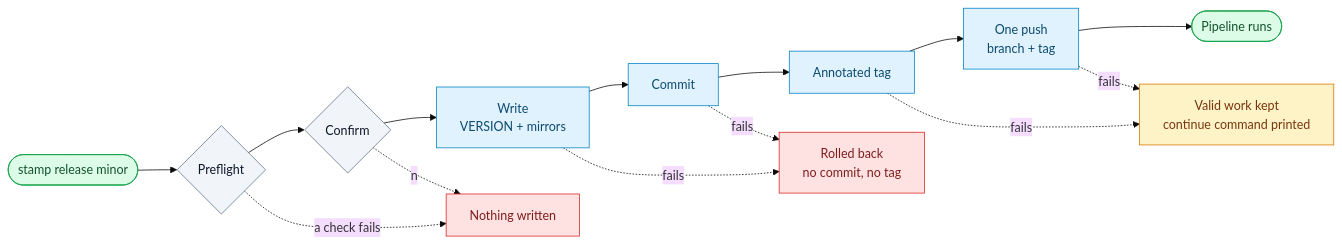
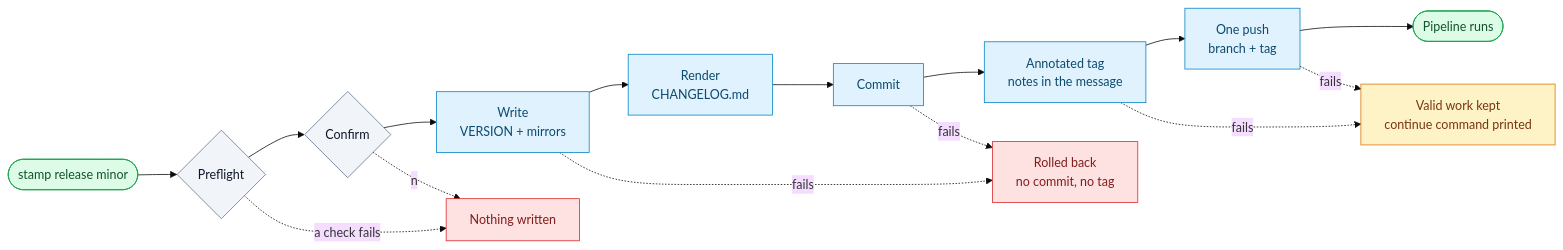
The first of 2 diagrams in README.md (p-arndt/stamp), drawn with Mermaid (base theme) before and after one commit. The commit also changed other lines of this file and 13 other files, not shown here.

````diff
--- a/README.md
+++ b/README.md
@@ -176,22 +205,22 @@
 ```mermaid
 flowchart LR
-    START(["stamp release minor"]) --> PF{"Preflight"} --> ASK{"Confirm"} --> WRITE["Write<br/>VERSION + mirrors"] --> COMMIT["Commit"] --> TAG["Annotated tag"] --> PUSH["One push<br/>branch + tag"] --> CI(["Pipeline runs"])
+    START(["stamp release minor"]) --> PF{"Preflight"} --> ASK{"Confirm"} --> WRITE["Write<br/>VERSION + mirrors"] --> CL["Render<br/>CHANGELOG.md"] --> COMMIT["Commit"] --> TAG["Annotated tag<br/>notes in the message"] --> PUSH["One push<br/>branch + tag"] --> CI(["Pipeline runs"])
 
     PF -. "a check fails" .-> NOTHING["Nothing written"]
     ASK -. "n" .-> NOTHING
     WRITE -. "fails" .-> UNDO["Rolled back<br/>no commit, no tag"]
     COMMIT -. "fails" .-> UNDO
     TAG -. "fails" .-> KEEP["Valid work kept<br/>continue command printed"]
     PUSH -. "fails" .-> KEEP
 
     classDef done fill:#dcfce7,stroke:#16a34a,color:#14532d
     classDef step fill:#e0f2fe,stroke:#0284c7,color:#0c4a6e
     classDef gate fill:#f1f5f9,stroke:#64748b,color:#0f172a
     classDef bad fill:#fee2e2,stroke:#dc2626,color:#7f1d1d
     classDef warn fill:#fef3c7,stroke:#d97706,color:#78350f
     class START,CI done
-    class WRITE,COMMIT,TAG,PUSH step
+    class WRITE,CL,COMMIT,TAG,PUSH step
     class PF,ASK gate
     class NOTHING,UNDO bad
     class KEEP warn
 ```
````
